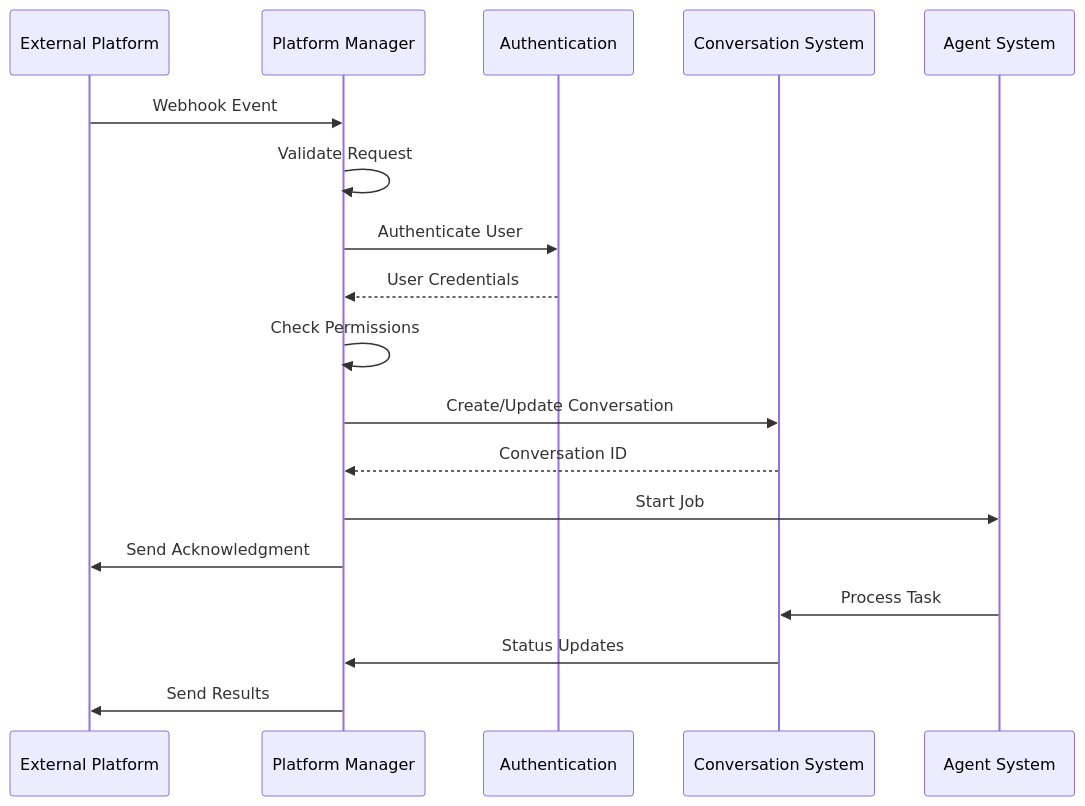
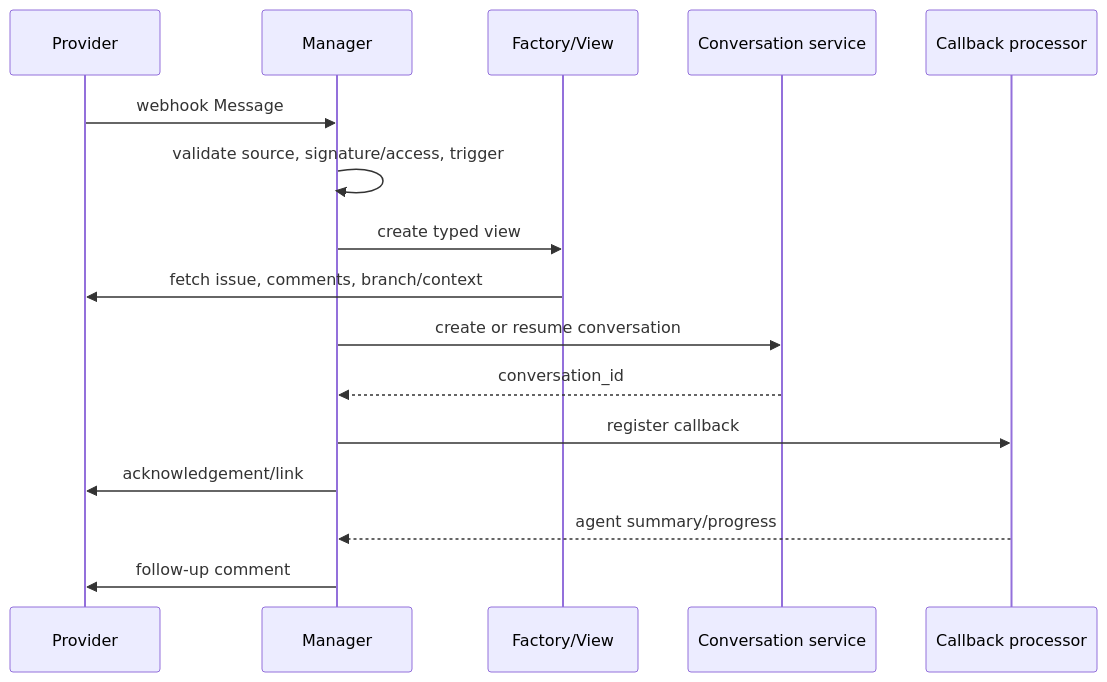
One commit to FSoft-AI4Code/codewiki-demo changed the second of 3 diagrams in docs/All-Hands-AI--OpenHands-docs/enterprise_integrations.md. Above: the diagram before and after it, drawn with Mermaid. The commit also changed other lines of this file and 1767 other files, not shown here.

````diff
--- a/docs/All-Hands-AI--OpenHands-docs/enterprise_integrations.md
+++ b/docs/All-Hands-AI--OpenHands-docs/enterprise_integrations.md
@@ -120,21 +28,18 @@
 ```mermaid
 sequenceDiagram
-    participant Platform as External Platform
-    participant Manager as Platform Manager
-    participant Auth as Authentication
-    participant Conv as Conversation System
-    participant Agent as Agent System
-    
-    Platform->>Manager: Webhook Event
-    Manager->>Manager: Validate Request
-    Manager->>Auth: Authenticate User
-    Auth-->>Manager: User Credentials
-    Manager->>Manager: Check Permissions
-    Manager->>Conv: Create/Update Conversation
-    Conv-->>Manager: Conversation ID
-    Manager->>Agent: Start Job
-    Manager->>Platform: Send Acknowledgment
-    Agent->>Conv: Process Task
-    Conv->>Manager: Status Updates
-    Manager->>Platform: Send Results
+    participant P as Provider
+    participant M as Manager
+    participant V as Factory/View
+    participant C as Conversation service
+    participant S as Callback processor
+    P->>M: webhook Message
+    M->>M: validate source, signature/access, trigger
+    M->>V: create typed view
+    V->>P: fetch issue, comments, branch/context
+    M->>C: create or resume conversation
+    C-->>M: conversation_id
+    M->>S: register callback
+    M->>P: acknowledgement/link
+    S-->>M: agent summary/progress
+    M->>P: follow-up comment
 ```
````
